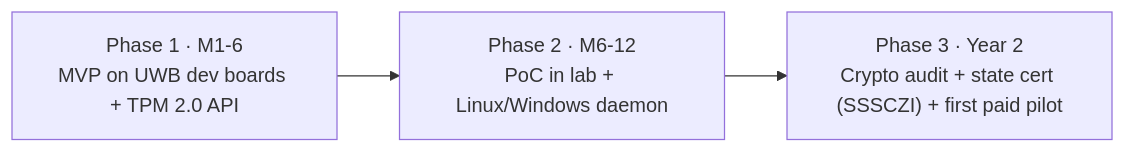
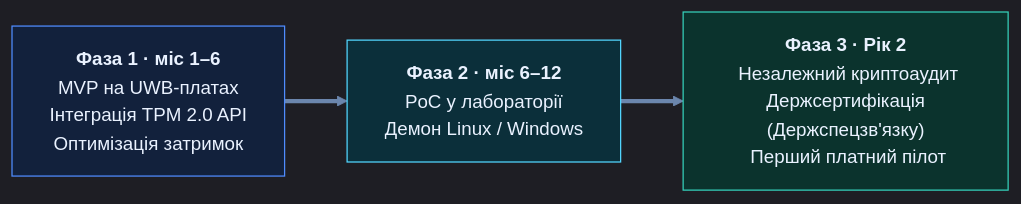
Before and after one commit to pnimtsovych/TrustBound: the third of 3 diagrams in README.md, drawn with Mermaid. The commit also changed other lines of this file and 1 other file, not shown here.

````diff
--- a/README.md
+++ b/README.md
@@ -87,4 +108,11 @@
 ```mermaid
+%%{init: {'theme':'dark','themeVariables':{'fontSize':'15px','lineColor':'#6b86ad'}}}%%
 flowchart LR
-  P1["Phase 1 · M1-6<br/>MVP on UWB dev boards + TPM 2.0 API"] --> P2["Phase 2 · M6-12<br/>PoC in lab + Linux/Windows daemon"] --> P3["Phase 3 · Year 2<br/>Crypto audit + state cert (SSSCZI) + first paid pilot"]
+  P1["<b>Фаза 1 · міс 1–6</b><br/> MVP на UWB-платах<br/> Інтеграція TPM 2.0 API<br/> Оптимізація затримок"]:::a
+  P2["<b>Фаза 2 · міс 6–12</b><br/> PoC у лабораторії<br/> Демон Linux / Windows"]:::b
+  P3["<b>Фаза 3 · Рік 2</b><br/> Незалежний криптоаудит<br/> Держсертифікація (Держспецзв'язку)<br/> Перший платний пілот"]:::c
+  P1 ==> P2 ==> P3
+  classDef a fill:#12213c,stroke:#4f8cff,color:#eaf2ff;
+  classDef b fill:#0b2f3a,stroke:#52d6ff,color:#eaf2ff;
+  classDef c fill:#0b332d,stroke:#35d0ba,color:#eaf2ff;
 ```
````
